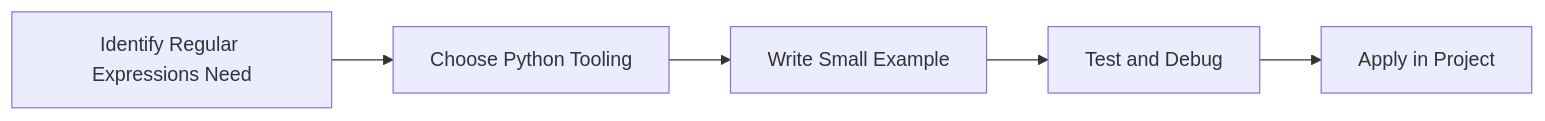
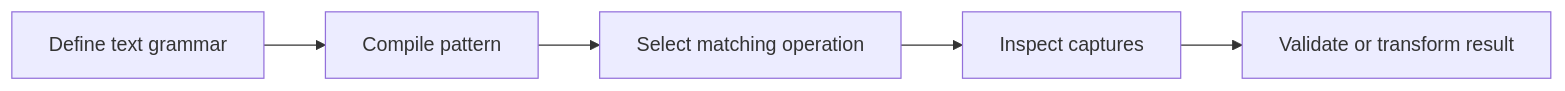
Before and after one commit to SYMOIZ/E-Learning-Portal: the diagram in Python-Mastery/Intermediate/14-regular-expressions.md, drawn with Mermaid. The commit also changed other lines of this file and 116 other files, not shown here.

````diff
--- a/Python-Mastery/Intermediate/14-regular-expressions.md
+++ b/Python-Mastery/Intermediate/14-regular-expressions.md
@@ -125,7 +145,7 @@
 ```mermaid
 flowchart LR
-    A[Identify Regular Expressions Need] --> B[Choose Python Tooling]
-    B --> C[Write Small Example]
-    C --> D[Test and Debug]
-    D --> E[Apply in Project]
+    A[Define text grammar] --> B[Compile pattern]
+    B --> C[Select matching operation]
+    C --> D[Inspect captures]
+    D --> E[Validate or transform result]
 ```
````
